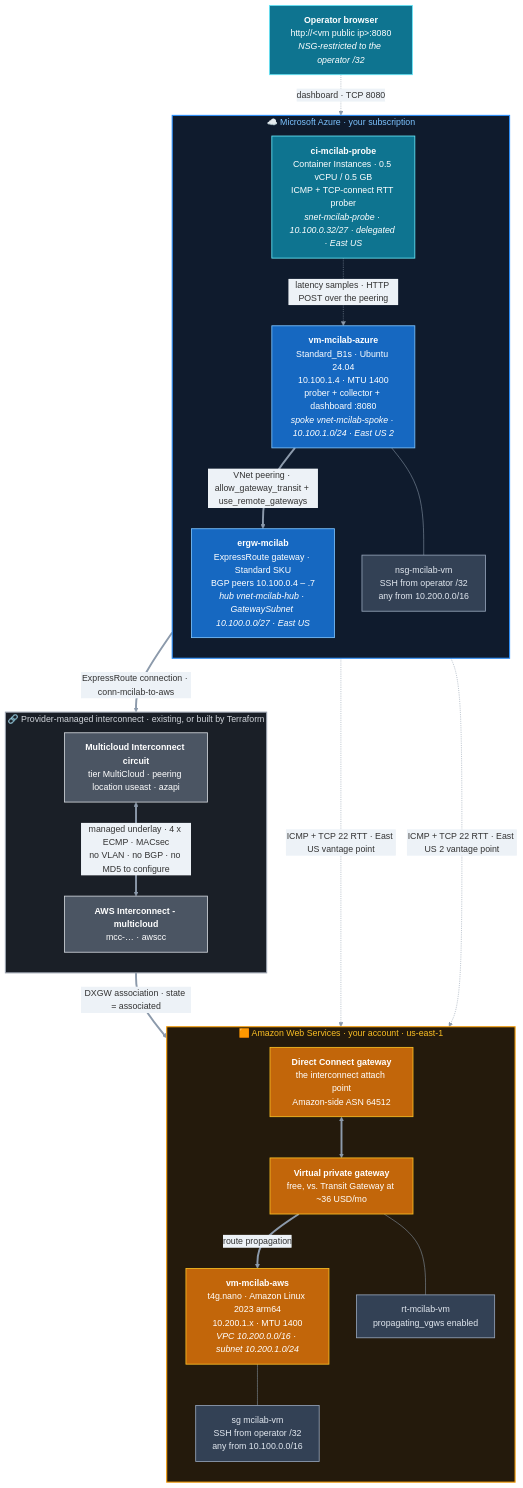
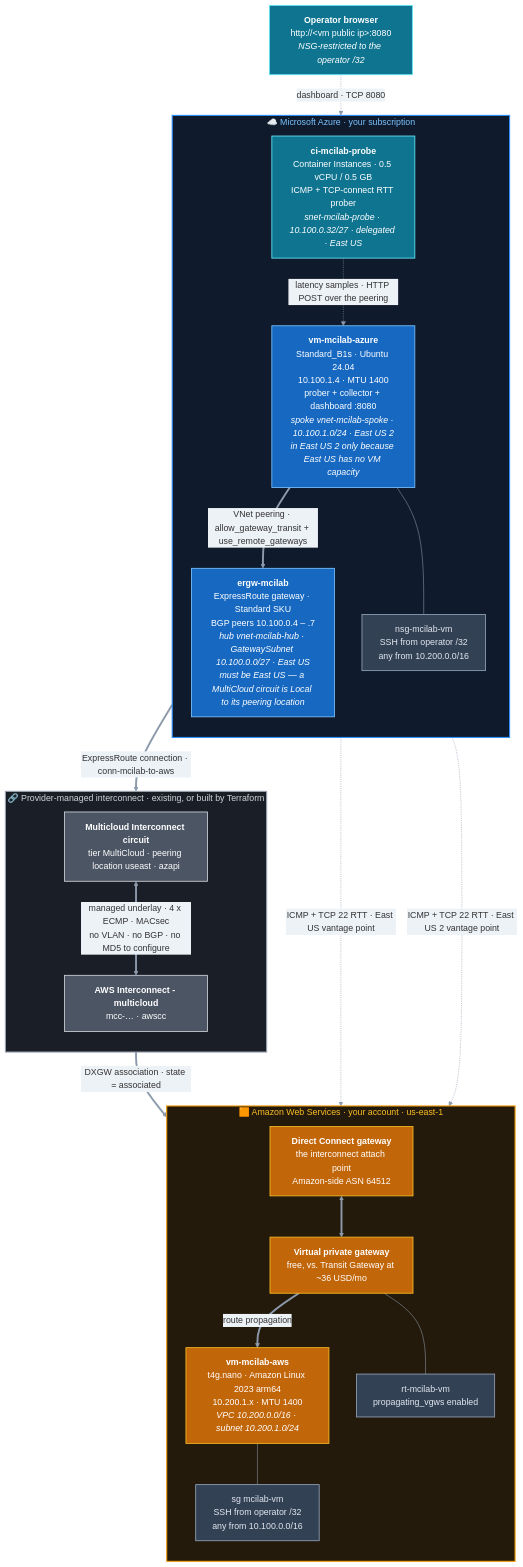
One commit to dmauser/azure-aws-interconnect-lab changed the diagram in README.md. Above: the diagram before and after it, drawn with Mermaid. The commit also changed other lines of this file and 5 other files, not shown here.

First line of the commit message:
docs(diagrams): explain why the Azure VM sits in East US 2

````diff
--- a/README.md
+++ b/README.md
@@ -59,54 +70,54 @@
 ```mermaid
 %%{init: {"theme":"base","themeVariables":{"fontFamily":"Segoe UI, Helvetica, Arial, sans-serif","lineColor":"#8C9AAB","edgeLabelBackground":"#EDF2F7"}}}%%
 flowchart TB
     classDef azure  fill:#1668C1,stroke:#7CC3FF,stroke-width:1.5px,color:#FFFFFF
     classDef aws    fill:#C2660A,stroke:#FBBF24,stroke-width:1.5px,color:#FFFFFF
     classDef fabric fill:#4B5563,stroke:#D1D5DB,stroke-width:1.5px,color:#FFFFFF
     classDef net    fill:#334155,stroke:#94A3B8,stroke-width:1.5px,color:#E2E8F0
     classDef probe  fill:#0E7490,stroke:#67E8F9,stroke-width:1.5px,color:#FFFFFF
 
     OPERATOR["<b>Operator browser</b><br/>http://&lt;vm public ip&gt;:8080<br/><i>NSG-restricted to the operator /32</i>"]:::probe
 
     subgraph AZURE["☁️ Microsoft Azure · your subscription"]
         direction TB
-        AZVM["<b>vm-mcilab-azure</b><br/>Standard_B1s · Ubuntu 24.04<br/>10.100.1.4 · MTU 1400<br/>prober + collector + dashboard :8080<br/><i>spoke vnet-mcilab-spoke · 10.100.1.0/24 · East US 2</i>"]:::azure
-        ERGW["<b>ergw-mcilab</b><br/>ExpressRoute gateway · Standard SKU<br/>BGP peers 10.100.0.4 – .7<br/><i>hub vnet-mcilab-hub · GatewaySubnet 10.100.0.0/27 · East US</i>"]:::azure
+        AZVM["<b>vm-mcilab-azure</b><br/>Standard_B1s · Ubuntu 24.04<br/>10.100.1.4 · MTU 1400<br/>prober + collector + dashboard :8080<br/><i>spoke vnet-mcilab-spoke · 10.100.1.0/24 · East US 2</i><br/><i>in East US 2 only because East US has no VM capacity</i>"]:::azure
+        ERGW["<b>ergw-mcilab</b><br/>ExpressRoute gateway · Standard SKU<br/>BGP peers 10.100.0.4 – .7<br/><i>hub vnet-mcilab-hub · GatewaySubnet 10.100.0.0/27 · East US</i><br/><i>must be East US — a MultiCloud circuit is Local to its peering location</i>"]:::azure
         ACIPROBE["<b>ci-mcilab-probe</b><br/>Container Instances · 0.5 vCPU / 0.5 GB<br/>ICMP + TCP-connect RTT prober<br/><i>snet-mcilab-probe · 10.100.0.32/27 · delegated · East US</i>"]:::probe
         AZSEC["nsg-mcilab-vm<br/>SSH from operator /32<br/>any from 10.200.0.0/16"]:::net
     end
 
     subgraph EDGE["🔗 Provider-managed interconnect · existing, or built by Terraform"]
         direction TB
         CKT["<b>Multicloud Interconnect circuit</b><br/>tier MultiCloud · peering location useast · azapi"]:::fabric
         ICX["<b>AWS Interconnect - multicloud</b><br/>mcc-… · awscc"]:::fabric
     end
 
     subgraph AWSC["🟧 Amazon Web Services · your account · us-east-1"]
         direction TB
         DXGW["<b>Direct Connect gateway</b><br/>the interconnect attach point<br/>Amazon-side ASN 64512"]:::aws
         VGW["<b>Virtual private gateway</b><br/>free, vs. Transit Gateway at ~36 USD/mo"]:::aws
         AWSVM["<b>vm-mcilab-aws</b><br/>t4g.nano · Amazon Linux 2023 arm64<br/>10.200.1.x · MTU 1400<br/><i>VPC 10.200.0.0/16 · subnet 10.200.1.0/24</i>"]:::aws
         AWSSEC["sg mcilab-vm<br/>SSH from operator /32<br/>any from 10.100.0.0/16"]:::net
         RT["rt-mcilab-vm<br/>propagating_vgws enabled"]:::net
     end
 
     AZVM ==>|"VNet peering · allow_gateway_transit + use_remote_gateways"| ERGW
     ERGW ==>|"ExpressRoute connection · conn-mcilab-to-aws"| CKT
     CKT <==>|"managed underlay · 4 x ECMP · MACsec<br/>no VLAN · no BGP · no MD5 to configure"| ICX
     ICX ==>|"DXGW association · state = associated"| DXGW
     DXGW <==> VGW
     VGW ==>|"route propagation"| AWSVM
 
     AZVM --- AZSEC
     AWSVM --- AWSSEC
     VGW --- RT
 
     ACIPROBE -. "latency samples · HTTP POST over the peering" .-> AZVM
     OPERATOR -. "dashboard · TCP 8080" .-> AZVM
     ACIPROBE -. "ICMP + TCP 22 RTT · East US vantage point" .-> AWSVM
     AZVM -. "ICMP + TCP 22 RTT · East US 2 vantage point" .-> AWSVM
 
     style AZURE fill:#0F1B2D,stroke:#2E90FA,stroke-width:2px,color:#7CC3FF
     style EDGE  fill:#1A1F27,stroke:#9CA3AF,stroke-width:2px,color:#D1D5DB
     style AWSC  fill:#241A0C,stroke:#F59E0B,stroke-width:2px,color:#FBBF24
 ```
````
